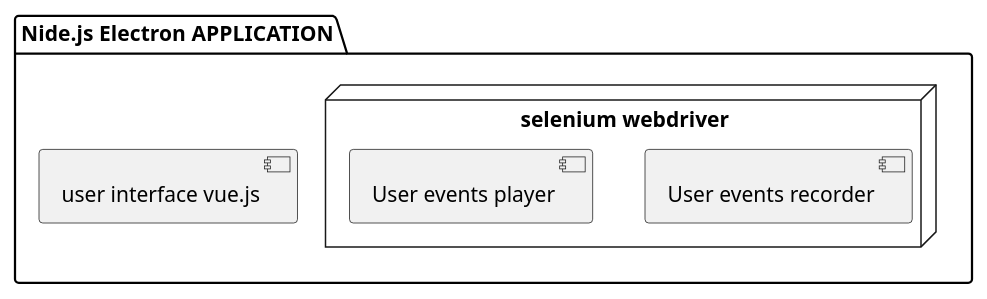
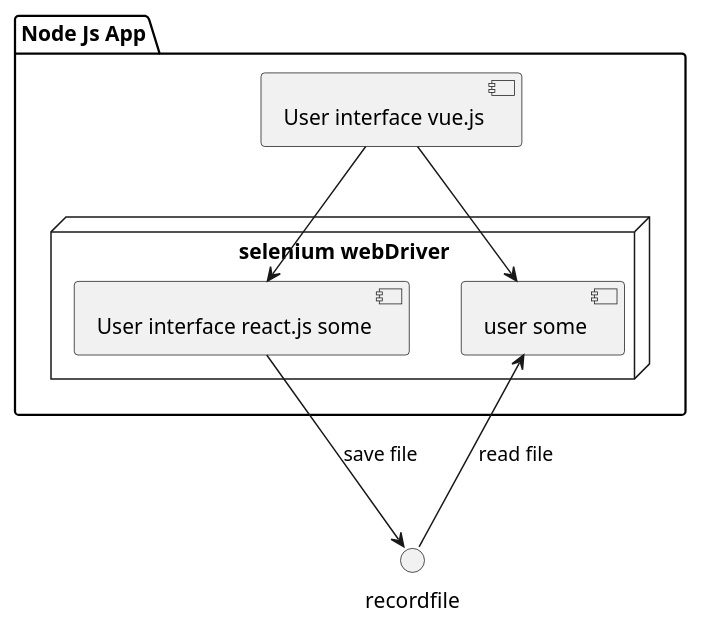
One commit to nikolay-smykk/pet changed the diagram in click/docs/components.wsd. Above: the diagram before and after it, drawn with PlantUML.

```diff
--- a/click/docs/components.wsd
+++ b/click/docs/components.wsd
@@ -1,12 +1,26 @@
-@startuml App components
- 
- package "Nide.js Electron APPLICATION"{
-	[user interface vue.js] as ui
+@startuml App
 
-	node "selenium webdriver"{
-		[User events recorder] as recorder
-		[User events player] as player
-	}
- }
+package "Node Js App"{
+
+
+[User interface vue.js] as ui
+
+node "selenium webDriver" as selenium{
+
+[User interface react.js some] as recorder
+[user some] as player
+}
+
+}
+
+
+ui --> recorder
+ui --> player
+
+recorder --> recordfile : save file
+recordfile --> player : read file
+
+
+
 
 @enduml
```
